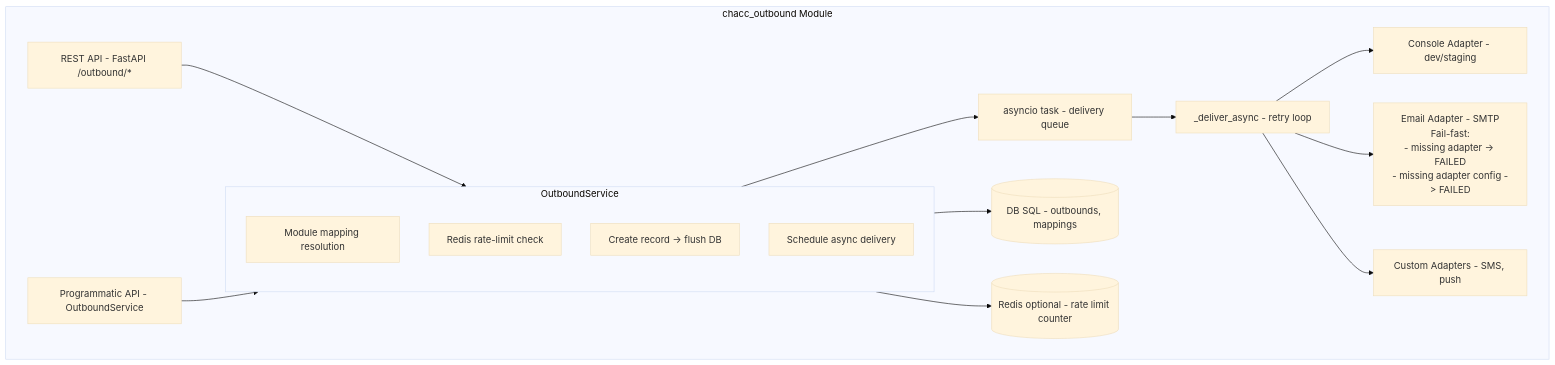
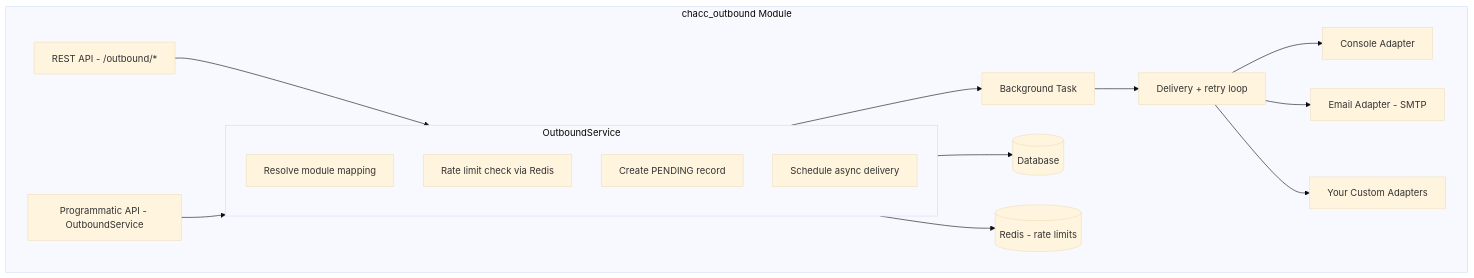
Before and after one commit to TNet-Tech/chacc_outbound: the second of 4 diagrams in README.md, drawn with Mermaid (base theme). The commit also changed other lines of this file, not shown here.

````diff
--- a/README.md
+++ b/README.md
@@ -259,36 +314,33 @@
 ```mermaid
 flowchart TD
     subgraph chacc_outbound[chacc_outbound Module]
-        REST[REST API - FastAPI /outbound/*]
+        REST[REST API - /outbound/*]
         PROG[Programmatic API - OutboundService]
-        
+
         subgraph Service[OutboundService]
-            T1[Module mapping resolution]
-            T2[Redis rate-limit check]
-            T3[Create record -> flush DB]
+            T1[Resolve module mapping]
+            T2[Rate limit check via Redis]
+            T3[Create PENDING record]
             T4[Schedule async delivery]
         end
-        
-        DB[(DB SQL - outbounds, mappings)]
-        REDIS[(Redis optional - rate limit counter)]
-        TASK[asyncio task - delivery queue]
-        DELIVER[_deliver_async - retry loop]
-        
-        CONSOLE[Console Adapter - dev/staging]
-        EMAIL[Email Adapter - SMTP
-Fail-fast:
-- missing adapter -> FAILED
-- missing adapter config -> FAILED]
-        CUSTOM[Custom Adapters - SMS, push]
+
+        DB[(Database)]
+        REDIS[(Redis - rate limits)]
+        TASK[Background Task]
+        DELIVER[Delivery + retry loop]
+
+        CONSOLE[Console Adapter]
+        EMAIL[Email Adapter - SMTP]
+        CUSTOM[Your Custom Adapters]
     end
-    
+
     REST --> Service
     PROG --> Service
     Service --> DB
     Service --> REDIS
     Service --> TASK
     TASK --> DELIVER
     DELIVER --> CONSOLE
     DELIVER --> EMAIL
     DELIVER --> CUSTOM
 ```
````
